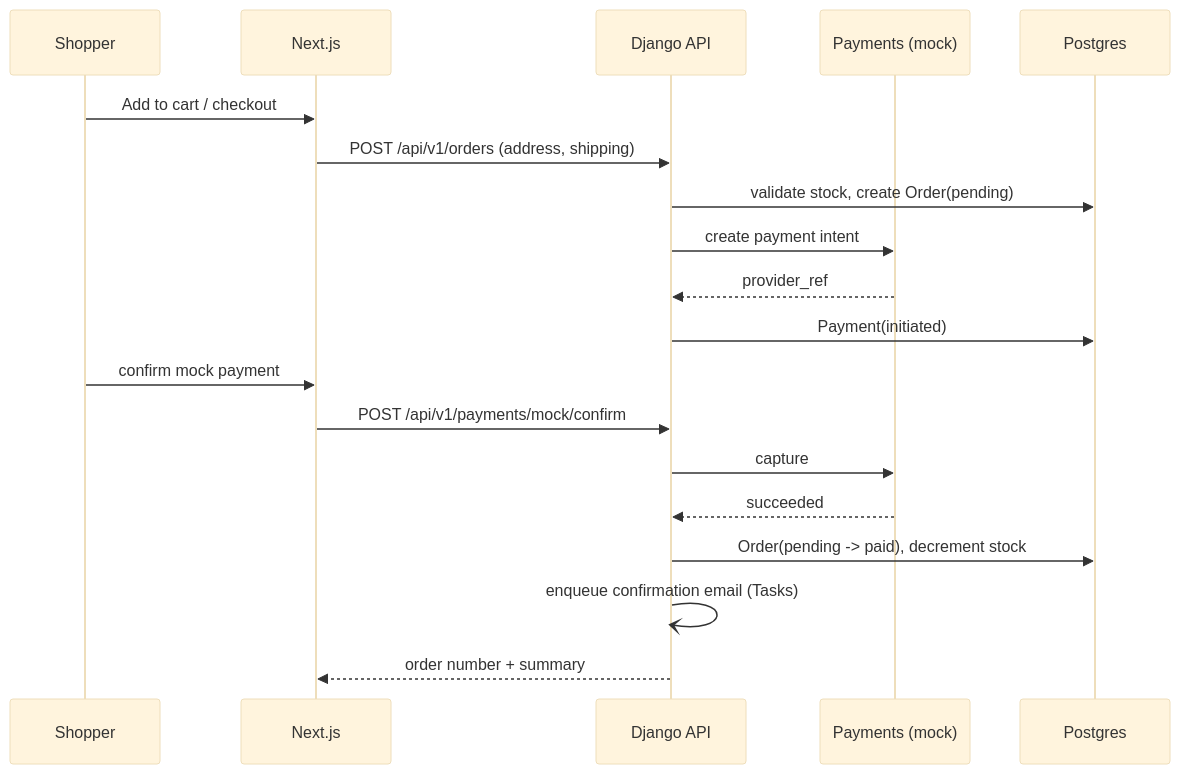
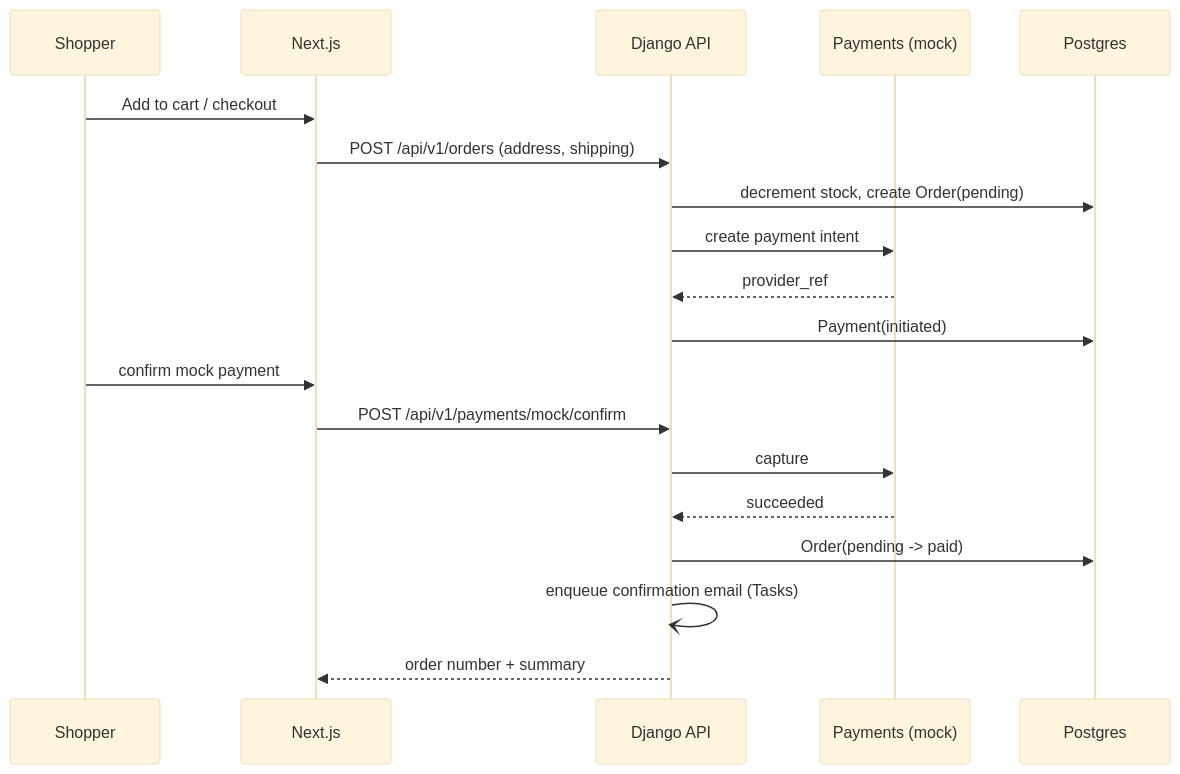
The third of 3 diagrams in docs/03-architecture/ARCHITECTURE.md (prasojo-work/ecommerce_project), drawn with Mermaid (base theme) before and after one commit. The commit also changed 23 other files, not shown here.

````diff
--- a/docs/03-architecture/ARCHITECTURE.md
+++ b/docs/03-architecture/ARCHITECTURE.md
@@ -110,21 +110,21 @@
 ```mermaid
 sequenceDiagram
   participant S as Shopper
   participant W as Next.js
   participant A as Django API
   participant P as Payments (mock)
   participant D as Postgres
   S->>W: Add to cart / checkout
   W->>A: POST /api/v1/orders (address, shipping)
-  A->>D: validate stock, create Order(pending)
+  A->>D: decrement stock, create Order(pending)
   A->>P: create payment intent
   P-->>A: provider_ref
   A->>D: Payment(initiated)
   S->>W: confirm mock payment
   W->>A: POST /api/v1/payments/mock/confirm
   A->>P: capture
   P-->>A: succeeded
-  A->>D: Order(pending -> paid), decrement stock
+  A->>D: Order(pending -> paid)
   A-)A: enqueue confirmation email (Tasks)
   A-->>W: order number + summary
 ```
````
